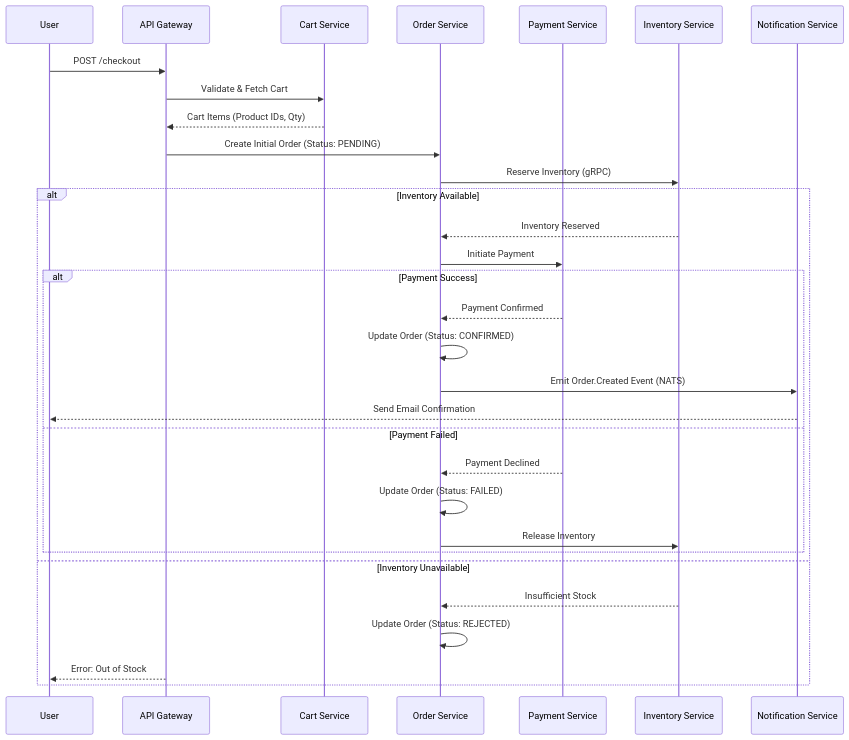
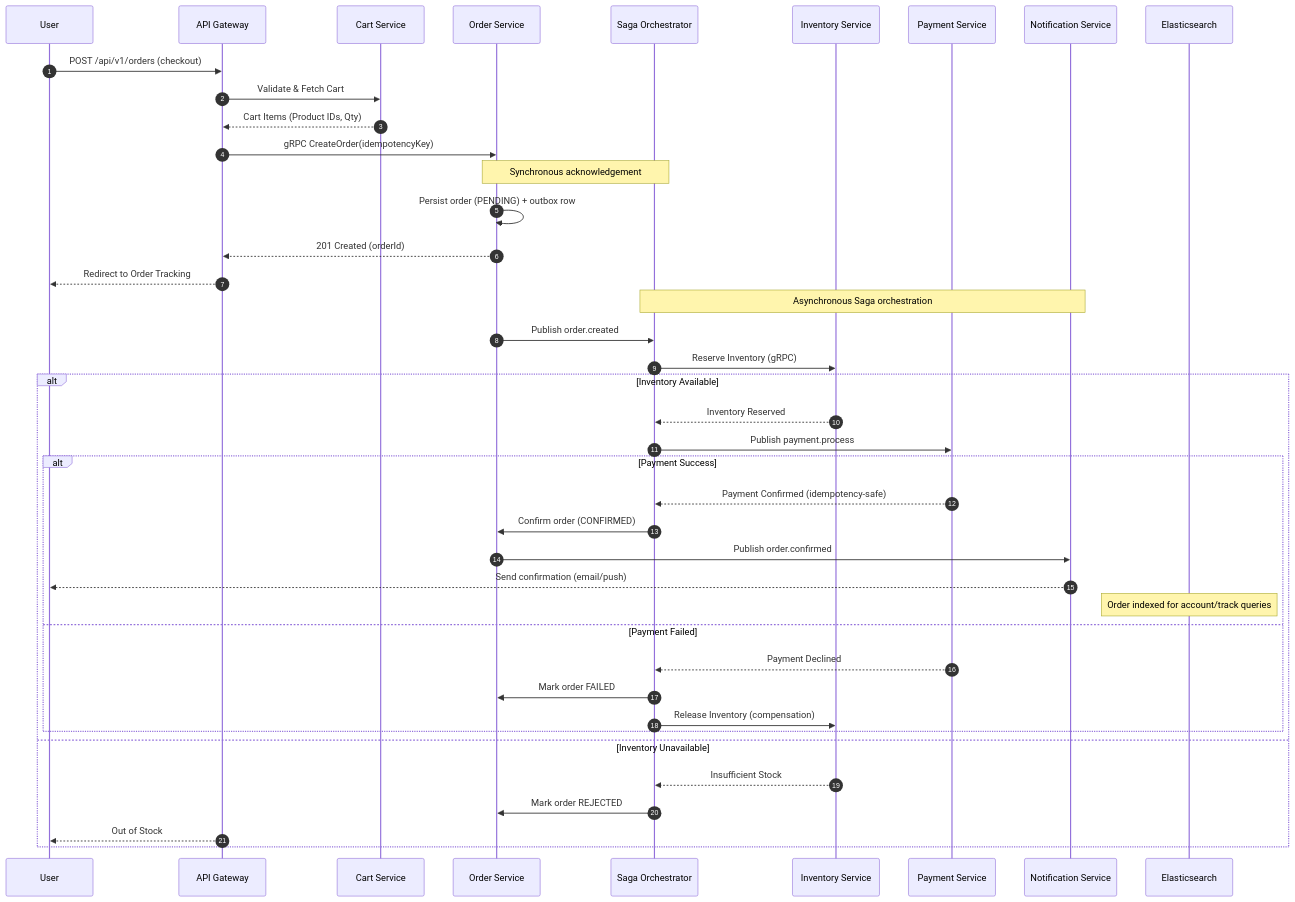
Before and after one commit to RajdeepDevelopment/skyline-shop-commerceos-microservices: the second of 2 diagrams in docs/flows/checkout-flow.md, drawn with Mermaid. The commit also changed other lines of this file and 47 other files, not shown here.

````diff
--- a/docs/flows/checkout-flow.md
+++ b/docs/flows/checkout-flow.md
@@ -7,38 +50,47 @@
 ```mermaid
 sequenceDiagram
+    autonumber
     participant U as User
     participant G as API Gateway
     participant C as Cart Service
     participant O as Order Service
+    participant S as Saga Orchestrator
+    participant I as Inventory Service
     participant P as Payment Service
-    participant I as Inventory Service
     participant N as Notification Service
+    participant ES as Elasticsearch
 
-    U->>G: POST /checkout
+    U->>G: POST /api/v1/orders (checkout)
     G->>C: Validate & Fetch Cart
     C-->>G: Cart Items (Product IDs, Qty)
+    G->>O: gRPC CreateOrder(idempotencyKey)
 
-    G->>O: Create Initial Order (Status: PENDING)
-    O->>I: Reserve Inventory (gRPC)
+    Note over O,S: Synchronous acknowledgement
+    O->>O: Persist order (PENDING) + outbox row
+    O-->>G: 201 Created (orderId)
+    G-->>U: Redirect to Order Tracking
+
+    Note over S,N: Asynchronous Saga orchestration
+    O->>S: Publish order.created
+    S->>I: Reserve Inventory (gRPC)
 
     alt Inventory Available
-        I-->>O: Inventory Reserved
-        O->>P: Initiate Payment
-
+        I-->>S: Inventory Reserved
+        S->>P: Publish payment.process
         alt Payment Success
-            P-->>O: Payment Confirmed
-            O->>O: Update Order (Status: CONFIRMED)
-            O->>N: Emit Order.Created Event (NATS)
-            N-->>U: Send Email Confirmation
+            P-->>S: Payment Confirmed (idempotency-safe)
+            S->>O: Confirm order (CONFIRMED)
+            O->>N: Publish order.confirmed
+            N-->>U: Send confirmation (email/push)
+            Note over ES: Order indexed for account/track queries
         else Payment Failed
-            P-->>O: Payment Declined
-            O->>O: Update Order (Status: FAILED)
-            O->>I: Release Inventory
+            P-->>S: Payment Declined
+            S->>O: Mark order FAILED
+            S->>I: Release Inventory (compensation)
         end
-
     else Inventory Unavailable
-        I-->>O: Insufficient Stock
-        O->>O: Update Order (Status: REJECTED)
-        G-->>U: Error: Out of Stock
+        I-->>S: Insufficient Stock
+        S->>O: Mark order REJECTED
+        G-->>U: Out of Stock
     end
 ```
````
